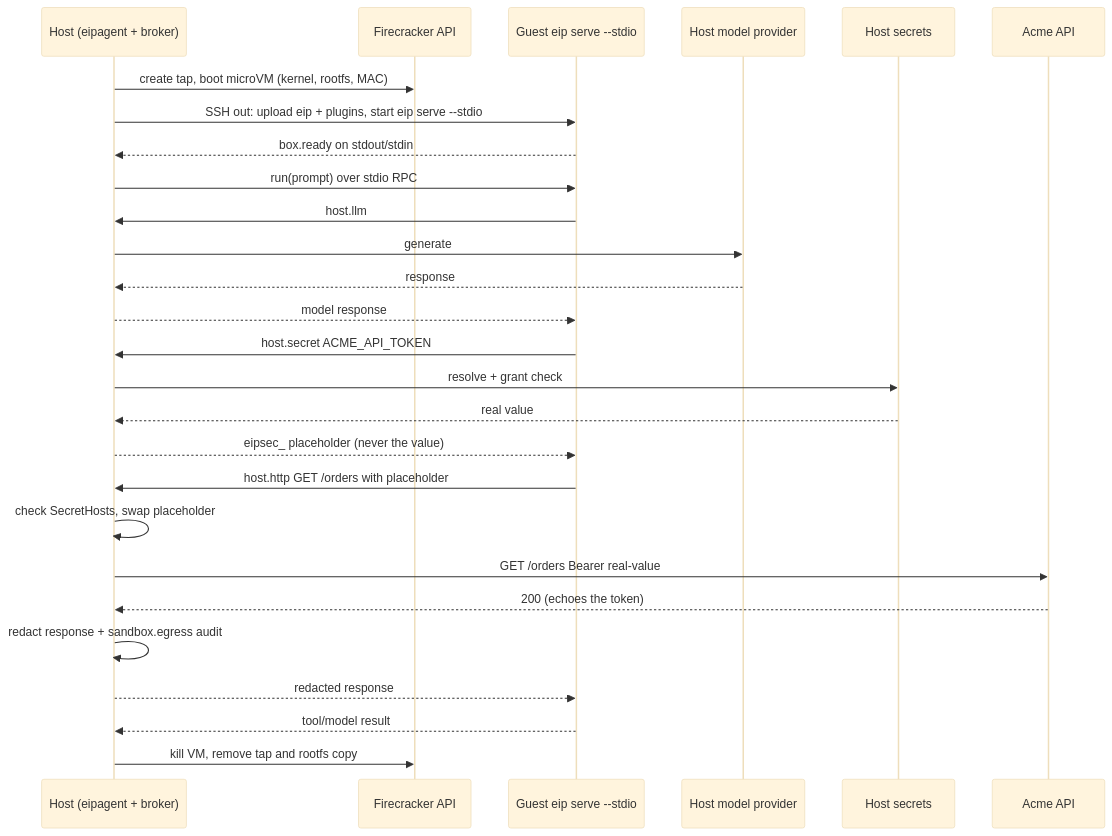
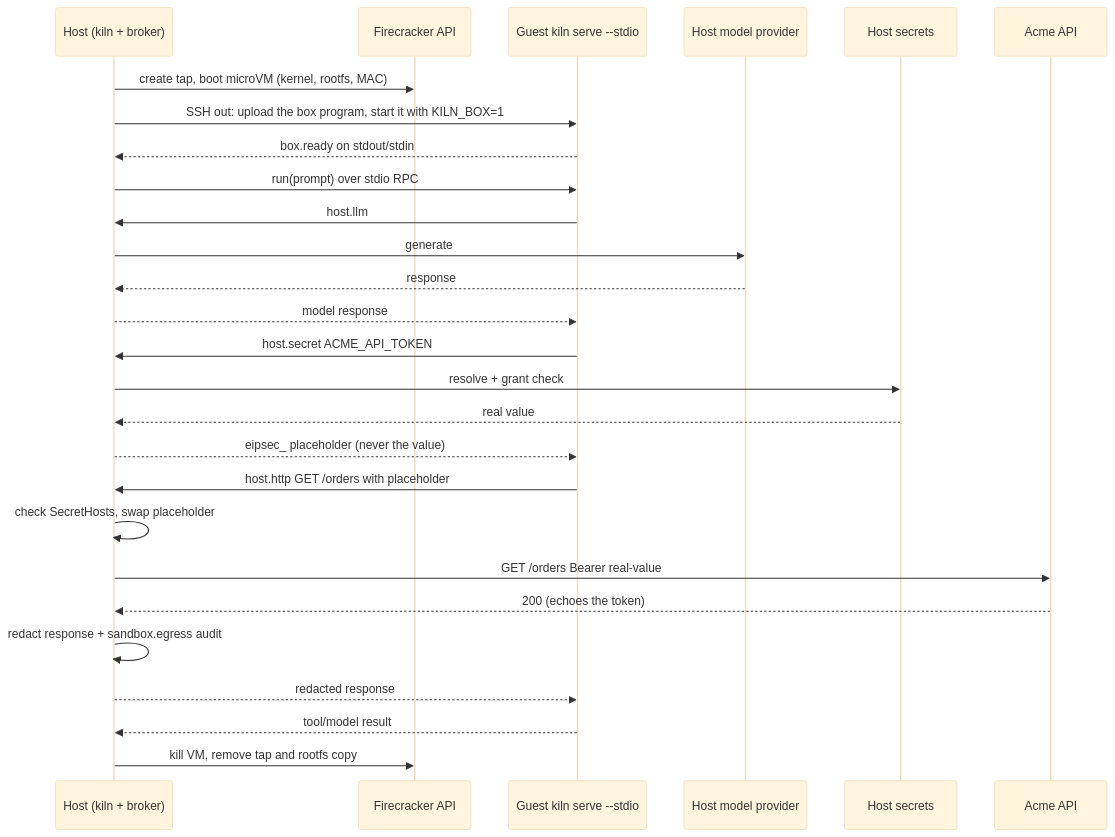
Before and after one commit to ganeshdipdumbare/eipagent: the diagram in examples/firecracker/README.md, drawn with Mermaid (base theme). The commit also changed other lines of this file and 313 other files, not shown here.

First line of the commit message:
Replace runtime plugins with compiled modules and rebrand to kiln (#13)

````diff
--- a/examples/firecracker/README.md
+++ b/examples/firecracker/README.md
@@ -38,30 +38,30 @@
 ```mermaid
 sequenceDiagram
-    participant H as Host (eipagent + broker)
+    participant H as Host (kiln + broker)
     participant FC as Firecracker API
-    participant G as Guest eip serve --stdio
+    participant G as Guest kiln serve --stdio
     participant M as Host model provider
     participant S as Host secrets
     participant A as Acme API
 
     H->>FC: create tap, boot microVM (kernel, rootfs, MAC)
-    H->>G: SSH out: upload eip + plugins, start eip serve --stdio
+    H->>G: SSH out: upload the box program, start it with KILN_BOX=1
     G-->>H: box.ready on stdout/stdin
     H->>G: run(prompt) over stdio RPC
     G->>H: host.llm
     H->>M: generate
     M-->>H: response
     H-->>G: model response
     G->>H: host.secret ACME_API_TOKEN
     H->>S: resolve + grant check
     S-->>H: real value
     H-->>G: eipsec_ placeholder (never the value)
     G->>H: host.http GET /orders with placeholder
     H->>H: check SecretHosts, swap placeholder
     H->>A: GET /orders Bearer real-value
     A-->>H: 200 (echoes the token)
     H->>H: redact response + sandbox.egress audit
     H-->>G: redacted response
     G-->>H: tool/model result
     H->>FC: kill VM, remove tap and rootfs copy
 ```
````
